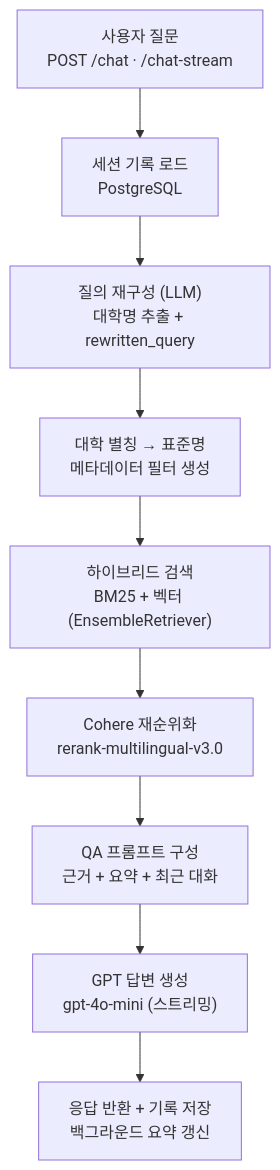
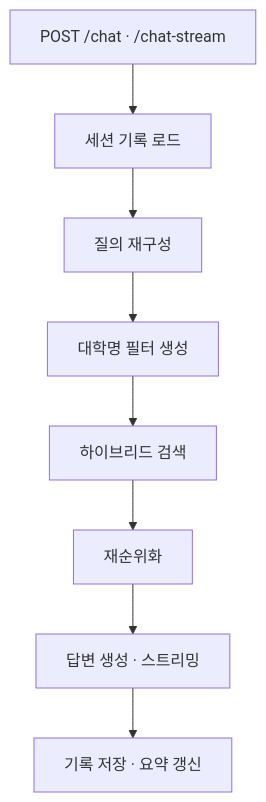
The third of 4 diagrams in README.md (ev1025/HY_LLM_Chain), drawn with Mermaid before and after one commit. The commit also changed other lines of this file, not shown here.

````diff
--- a/README.md
+++ b/README.md
@@ -89,11 +166,10 @@
 ```mermaid
 flowchart TD
-    Q["사용자 질문<br/>POST /chat · /chat-stream"] --> H["세션 기록 로드<br/>PostgreSQL"]
-    H --> R["질의 재구성 (LLM)<br/>대학명 추출 + rewritten_query"]
-    R --> N["대학 별칭 → 표준명<br/>메타데이터 필터 생성"]
-    N --> RET["하이브리드 검색<br/>BM25 + 벡터 (EnsembleRetriever)"]
-    RET --> RR["Cohere 재순위화<br/>rerank-multilingual-v3.0"]
-    RR --> P["QA 프롬프트 구성<br/>근거 + 요약 + 최근 대화"]
-    P --> G["GPT 답변 생성<br/>gpt-4o-mini (스트리밍)"]
-    G --> S["응답 반환 + 기록 저장<br/>백그라운드 요약 갱신"]
+    Q["POST /chat · /chat-stream"] --> H["세션 기록 로드"]
+    H --> R["질의 재구성"]
+    R --> N["대학명 필터 생성"]
+    N --> RET["하이브리드 검색"]
+    RET --> RR["재순위화"]
+    RR --> G["답변 생성 · 스트리밍"]
+    G --> S["기록 저장 · 요약 갱신"]
 ```
````
